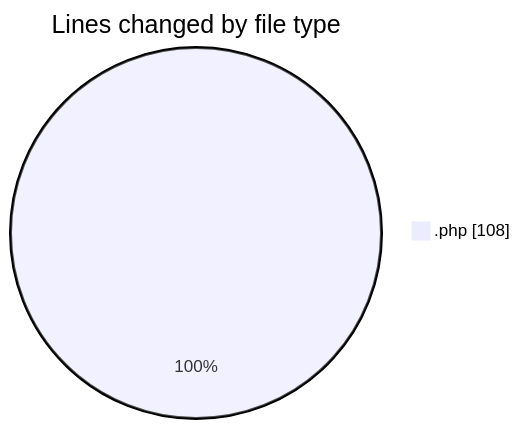
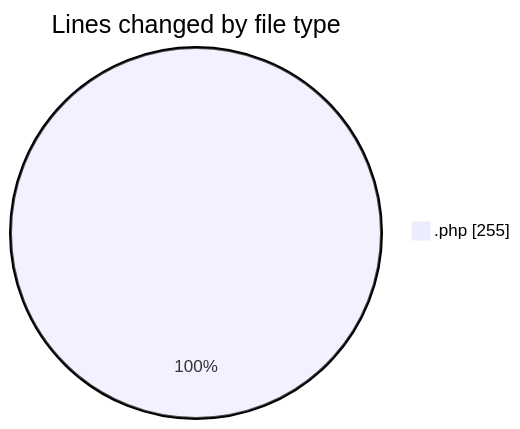
One commit to LanceThiago/code-tracking changed the first of 2 diagrams in 2025-03-26/kml/README.md. Above: the diagram before and after it, drawn with Mermaid. The commit also changed other lines of this file and 1 other file, not shown here.

````diff
--- a/2025-03-26/kml/README.md
+++ b/2025-03-26/kml/README.md
@@ -20,5 +20,5 @@
 ```mermaid
 pie showData
 title Lines changed by file type
-".php" : 108
+".php" : 255
 ```
````
